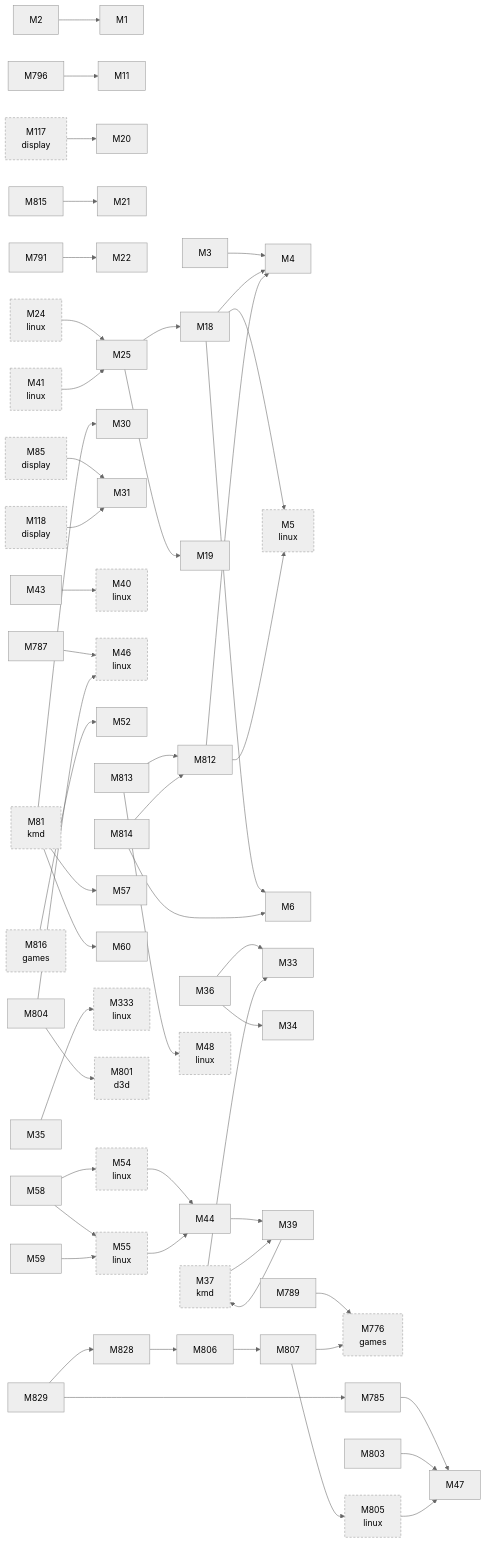
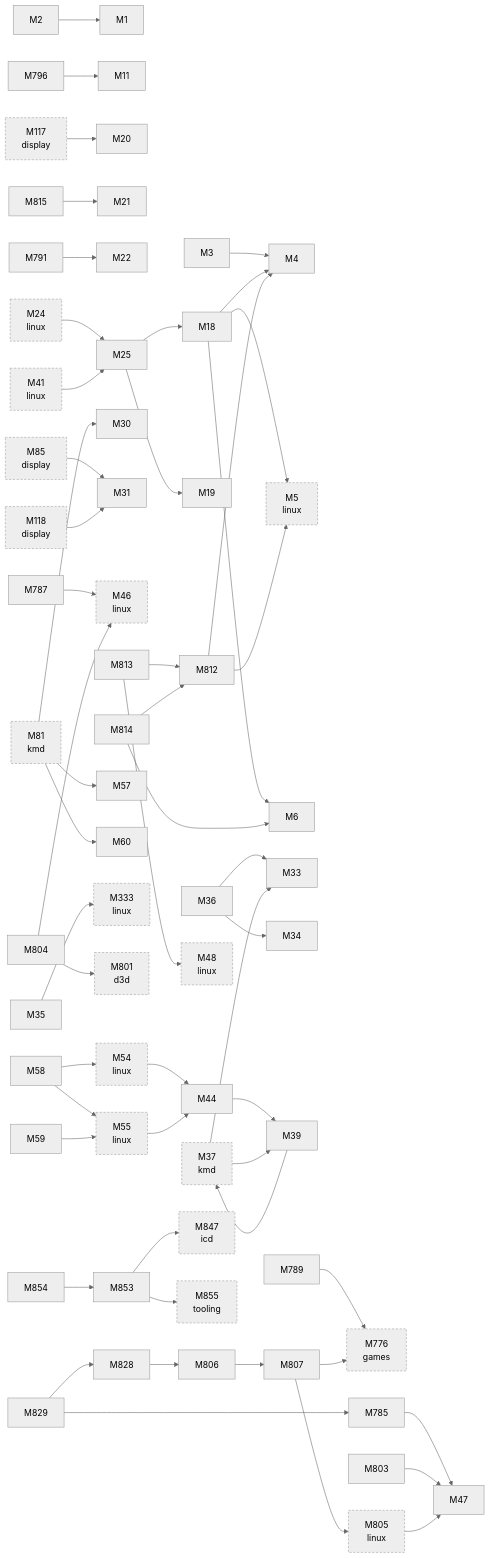
The second of 3 diagrams in docs/facts/graphs/hardware.md (D-Ogi/amdgpu-wddm), drawn with Mermaid (neutral theme) before and after one commit. The commit also changed 25 other files, not shown here.

````diff
--- a/docs/facts/graphs/hardware.md
+++ b/docs/facts/graphs/hardware.md
@@ -90,14 +90,11 @@
   M36["M36"]
   M37["M37<br/>kmd"]
   M39["M39"]
-  M40["M40<br/>linux"]
   M41["M41<br/>linux"]
-  M43["M43"]
   M44["M44"]
   M46["M46<br/>linux"]
   M47["M47"]
   M48["M48<br/>linux"]
-  M52["M52"]
   M54["M54<br/>linux"]
   M55["M55<br/>linux"]
   M57["M57"]
@@ -125,9 +122,12 @@
   M813["M813"]
   M814["M814"]
   M815["M815"]
-  M816["M816<br/>games"]
   M828["M828"]
   M829["M829"]
+  M847["M847<br/>icd"]
+  M853["M853"]
+  M854["M854"]
+  M855["M855<br/>tooling"]
   M2 --> M1
   M3 --> M4
   M18 --> M4
@@ -139,7 +139,6 @@
   M36 --> M33
   M36 --> M34
   M39 --> M37
-  M43 --> M40
   M44 --> M39
   M58 --> M54
   M58 --> M55
@@ -165,6 +164,9 @@
   M828 --> M806
   M829 --> M785
   M829 --> M828
+  M853 --> M847
+  M853 --> M855
+  M854 --> M853
   M37 --> M33
   M37 --> M39
   M81 --> M30
@@ -173,12 +175,11 @@
   M85 --> M31
   M117 --> M20
   M118 --> M31
-  M816 --> M52
   M24 --> M25
   M41 --> M25
   M54 --> M44
   M55 --> M44
   M805 --> M47
   classDef other stroke-dasharray:4 3
-  class M5,M24,M37,M40,M41,M46,M48,M54,M55,M81,M85,M117,M118,M333,M776,M801,M805,M816 other
+  class M5,M24,M37,M41,M46,M48,M54,M55,M81,M85,M117,M118,M333,M776,M801,M805,M847,M855 other
 ```
````
